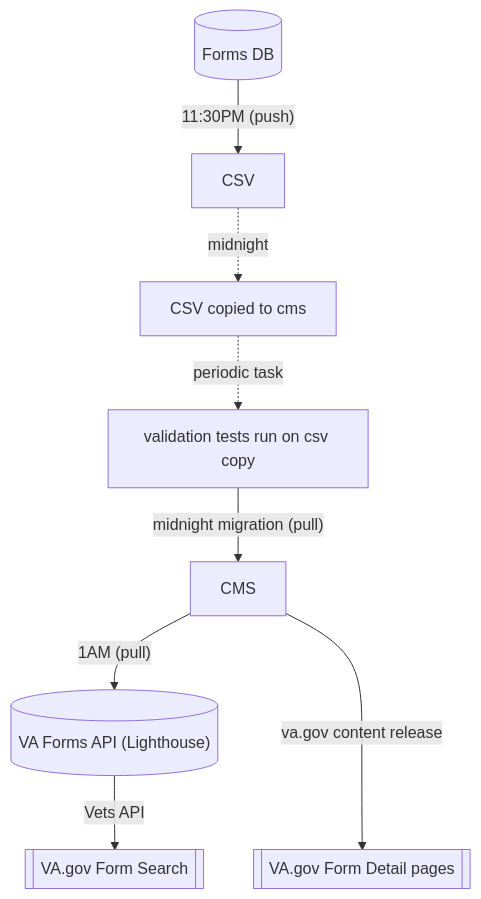
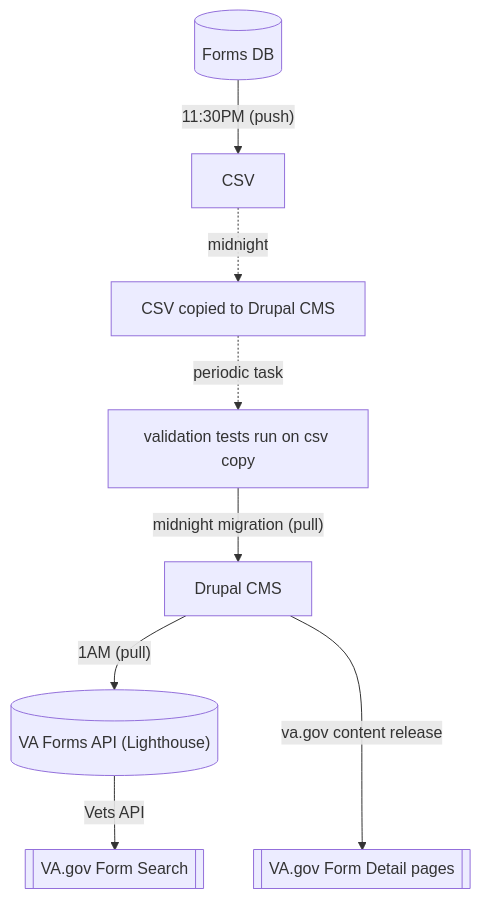
Before and after one commit to department-of-veterans-affairs/va.gov-cms: the diagram in READMES/migrations-forms.md, drawn with Mermaid. The commit also changed other lines of this file, not shown here.

Commit message:
[docs] Update migrations-forms.md

````diff
--- a/READMES/migrations-forms.md
+++ b/READMES/migrations-forms.md
@@ -14,10 +15,10 @@
 ```mermaid
   graph TD;
     fdb[(Forms DB)] -- "11:30PM (push)" --> csv1[CSV]
-    csv1 -. midnight .-> csv2[CSV copied to cms]
+    csv1 -. midnight .-> csv2[CSV copied to Drupal CMS]
     csv2 -. periodic task .-> csv3[validation tests run on csv copy]
-    csv3 -- "midnight migration (pull)" --> cms[CMS]
+    csv3 -- "midnight migration (pull)" --> cms[Drupal CMS]
     cms-- "1AM (pull)" -->formapi[("VA Forms API (Lighthouse)")]
     cms -- va.gov content release --->fe[[VA.gov Form Detail pages]]
     formapi-- Vets API -->formsearch[[VA.gov Form Search]]
 ```
````
